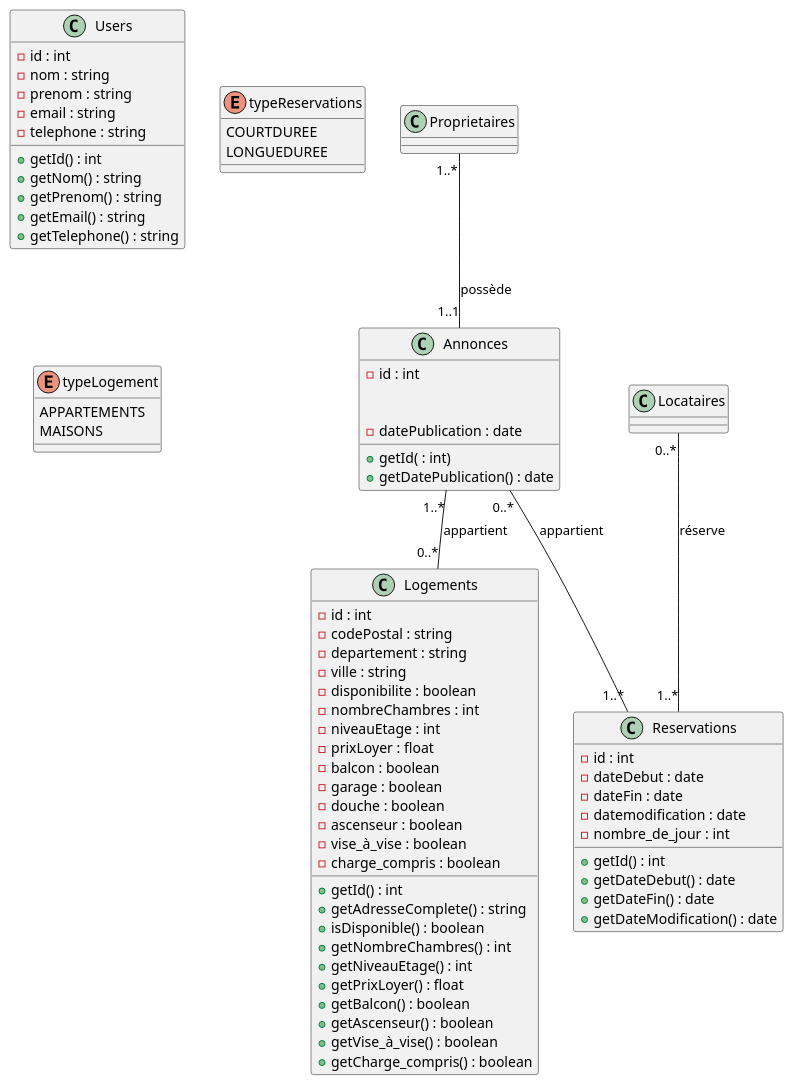
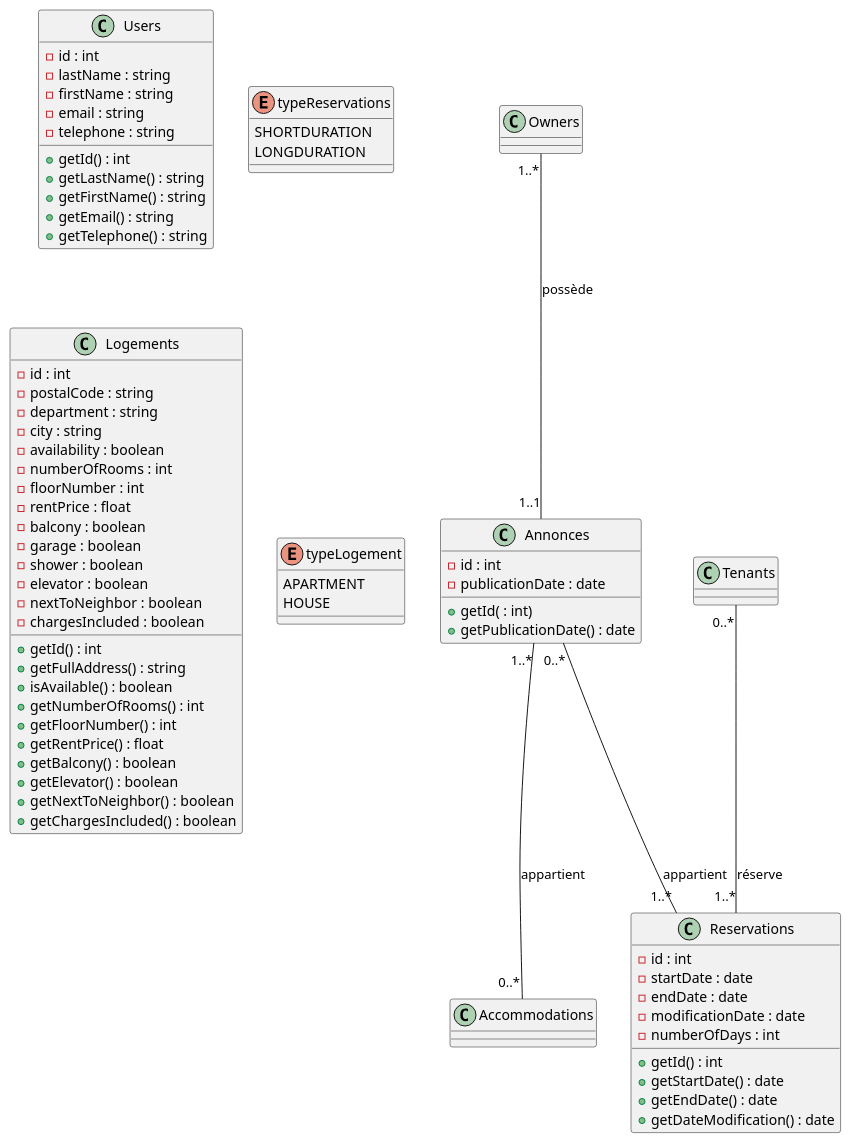
Before and after one commit to souvanc/DIAGRAMMEETNA: the diagram in class.wsd, drawn with PlantUML.

Commit message:
"En anglais"

```diff
--- a/class.wsd
+++ b/class.wsd
@@ -1,84 +1,83 @@
 @startuml DIAGRAMMECLASS
 
   class Users {
   - id : int
-  - nom : string
-  - prenom : string
+  - lastName : string
+  - firstName : string
   - email : string
   - telephone : string
 
   + getId() : int
-  + getNom() : string
-  + getPrenom() : string
+  + getLastName() : string
+  + getFirstName() : string
   + getEmail() : string
   + getTelephone() : string
 }
 
 class Reservations {
   - id : int
-  - dateDebut : date
-  - dateFin : date
-  - datemodification : date
-  - nombre_de_jour : int
+  - startDate : date
+  - endDate : date
+  - modificationDate : date
+  - numberOfDays : int
 
   + getId() : int
-  + getDateDebut() : date
-  + getDateFin() : date
+  + getStartDate() : date
+  + getEndDate() : date
   + getDateModification() : date
 }
 enum typeReservations {
-  COURTDUREE
-  LONGUEDUREE
+  SHORTDURATION
+  LONGDURATION
 }
 
 class Annonces {
   - id : int
-  
+  - publicationDate : date
 
-    - datePublication : date
   + getId( : int)
-  + getDatePublication() : date
+  + getPublicationDate() : date
 }
 
 class Logements {
   - id : int
-  - codePostal : string
-  - departement : string
-  - ville : string
-  - disponibilite : boolean
-  - nombreChambres : int
-  - niveauEtage : int
-  - prixLoyer : float
-  - balcon : boolean
+  - postalCode : string
+  - department : string
+  - city : string
+  - availability : boolean
+  - numberOfRooms : int
+  - floorNumber : int
+  - rentPrice : float
+  - balcony : boolean
   - garage : boolean
-  - douche : boolean
-  - ascenseur : boolean
-  - vise_à_vise : boolean
-  - charge_compris : boolean
+  - shower : boolean
+  - elevator : boolean
+  - nextToNeighbor : boolean
+  - chargesIncluded : boolean
   
   + getId() : int
-  + getAdresseComplete() : string
-  + isDisponible() : boolean
-  + getNombreChambres() : int
-  + getNiveauEtage() : int
-  + getPrixLoyer() : float
-  + getBalcon() : boolean
-  + getAscenseur() : boolean
-  + getVise_à_vise() : boolean
-  + getCharge_compris() : boolean
+  + getFullAddress() : string
+  + isAvailable() : boolean
+  + getNumberOfRooms() : int
+  + getFloorNumber() : int
+  + getRentPrice() : float
+  + getBalcony() : boolean
+  + getElevator() : boolean
+  + getNextToNeighbor() : boolean
+  + getChargesIncluded() : boolean
   }
 
 enum typeLogement {
-  APPARTEMENTS
-  MAISONS
+  APARTMENT
+  HOUSE
 }
 
-Locataires"0..*" -- "1..*"Reservations: réserve
-Proprietaires"1..*" -- "1..1"Annonces: possède
+Tenants"0..*" -- "1..*"Reservations: réserve
+Owners"1..*" -- "1..1"Annonces: possède
 Annonces"0..*" -- "1..*"Reservations: appartient
-Annonces"1..*" -- "0..*"Logements: appartient
+Annonces"1..*" -- "0..*"Accommodations: appartient
 
 
 
     
 @enduml
```
